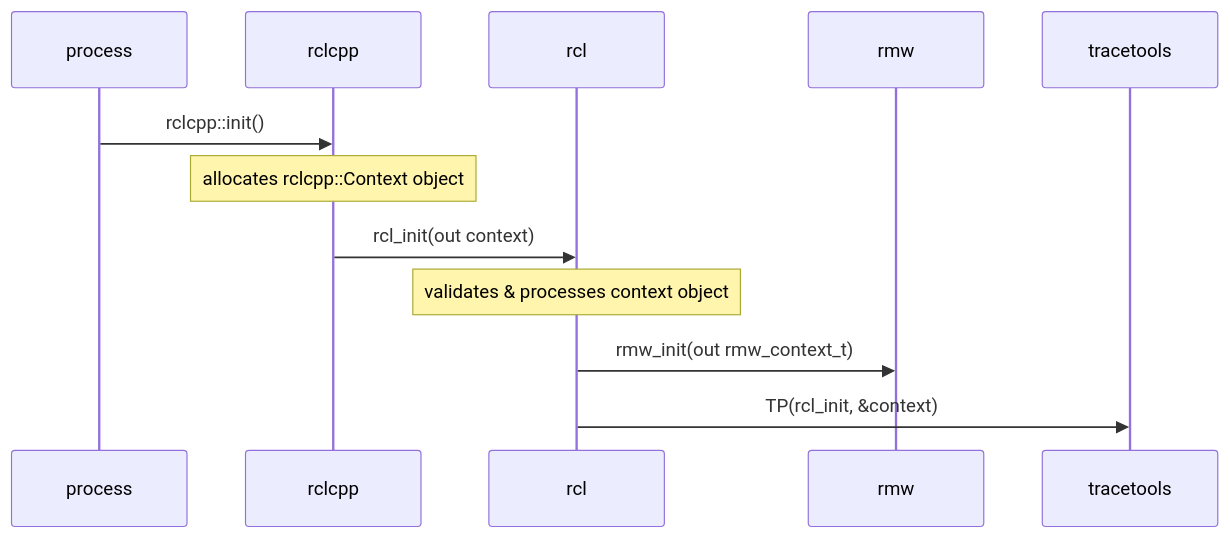
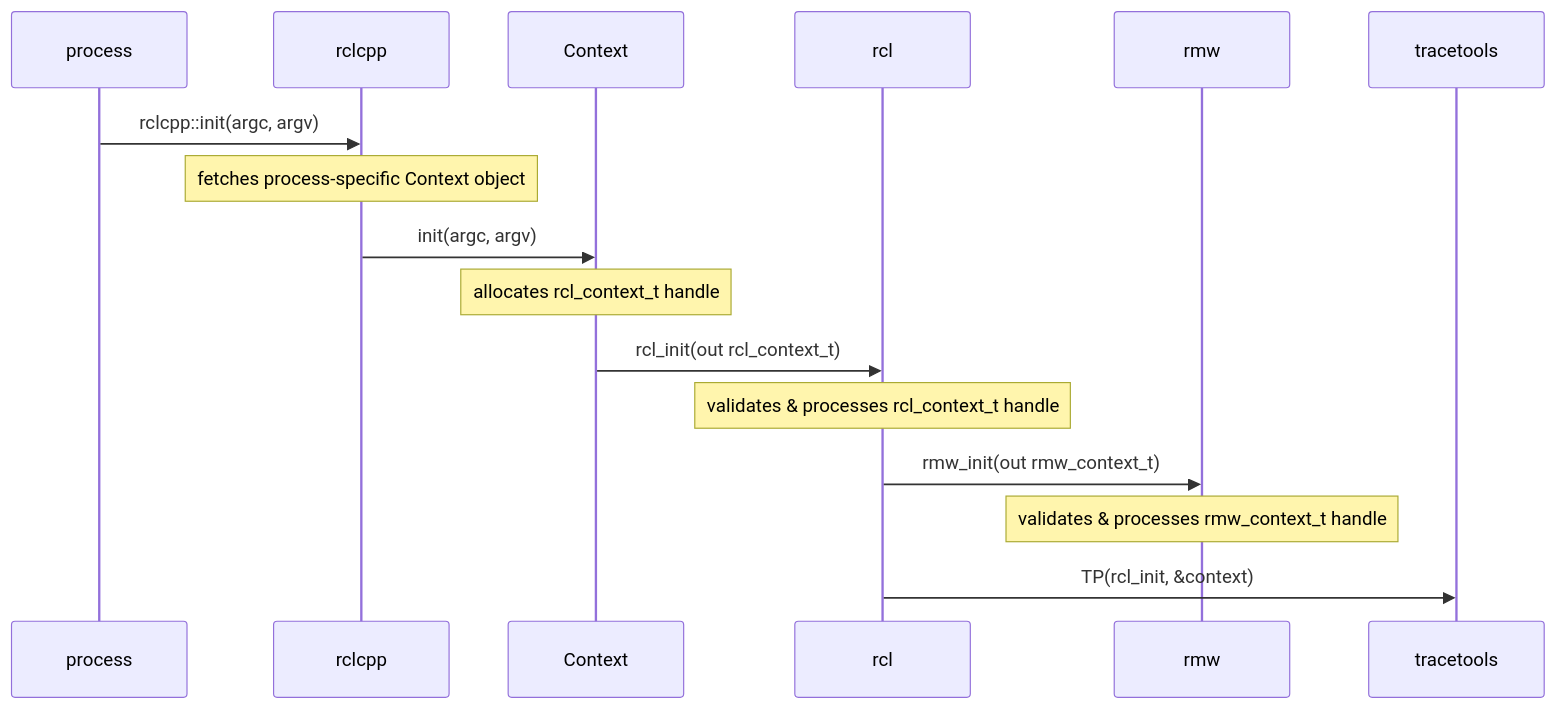
One commit to ros2/ros2_tracing changed the first of 7 diagrams in doc/design_ros_2.md. Above: the diagram before and after it, drawn with Mermaid. The commit also changed other lines of this file, not shown here.

Commit message:
Extract Context from rclcpp participant and add more details about context handles

````diff
--- a/doc/design_ros_2.md
+++ b/doc/design_ros_2.md
@@ -23,16 +23,20 @@
 ```mermaid
 sequenceDiagram
     participant process
     participant rclcpp
+    participant Context
     participant rcl
     participant rmw
     participant tracetools
 
-    process->>rclcpp: rclcpp::init()
-    Note over rclcpp: allocates rclcpp::Context object
-    rclcpp->>rcl: rcl_init(out context)
-    Note over rcl: validates & processes context object
+    process->>rclcpp: rclcpp::init(argc, argv)
+    Note over rclcpp: fetches process-specific Context object
+    rclcpp->>Context: init(argc, argv)
+    Note over Context: allocates rcl_context_t handle
+    Context->>rcl: rcl_init(out rcl_context_t)
+    Note over rcl: validates & processes rcl_context_t handle
     rcl->>rmw: rmw_init(out rmw_context_t)
+    Note over rmw: validates & processes rmw_context_t handle
 
     rcl->>tracetools: TP(rcl_init, &context)
 ```
````
